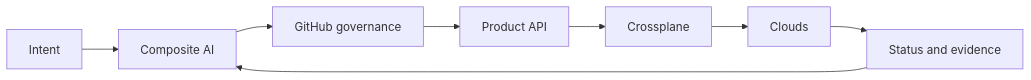
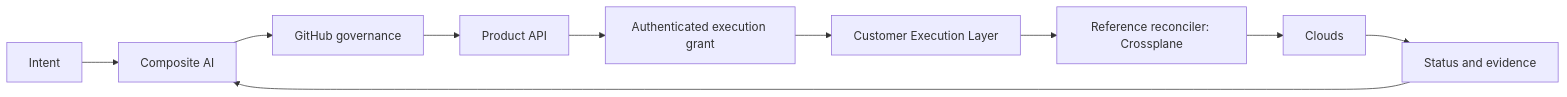
Before and after one commit to InfrastructureProductWorks/ai-powered-infrastructure-as-a-product: the diagram in docs/index.md, drawn with Mermaid. The commit also changed other lines of this file and 19 other files, not shown here.

First line of the commit message:
docs: define customer execution layer and government security profile (#170)

````diff
--- a/docs/index.md
+++ b/docs/index.md
@@ -11,10 +11,12 @@
 ```mermaid
 flowchart LR
   I[Intent] --> AI[Composite AI]
   AI --> G[GitHub governance]
   G --> P[Product API]
-  P --> X[Crossplane]
+  P --> A[Authenticated execution grant]
+  A --> CEL[Customer Execution Layer]
+  CEL --> X[Reference reconciler: Crossplane]
   X --> C[Clouds]
   C --> E[Status and evidence]
   E --> AI
 ```
````
